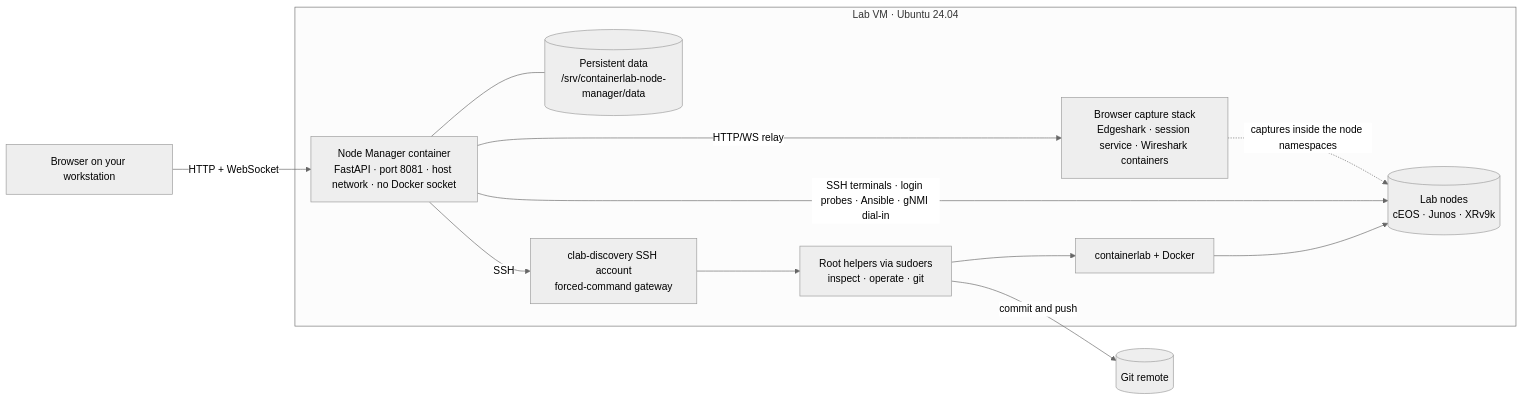
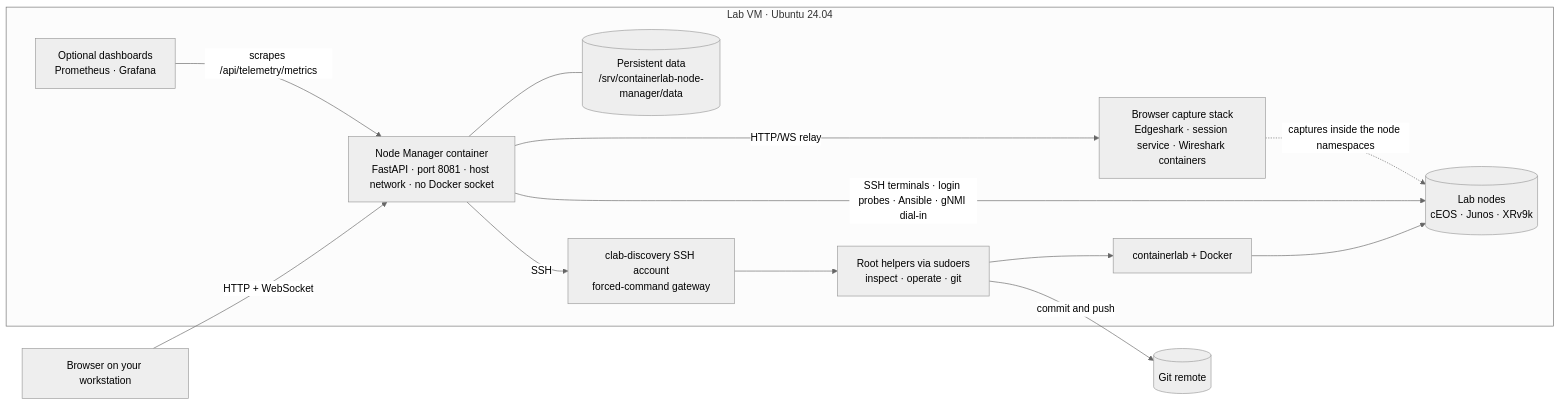
The diagram in README.md (ArchRuger/CLAB-BACKUP-WORKER-v2), drawn with Mermaid (neutral theme) before and after one commit. The commit also changed other lines of this file and 31 other files, not shown here.

First line of the commit message:
Use plain-text gRPC on XRv9k and add optional Grafana dashboards

````diff
--- a/README.md
+++ b/README.md
@@ -98,21 +107,23 @@
 ```mermaid
 flowchart LR
     B["Browser on your workstation"]
     subgraph VM["Lab VM · Ubuntu 24.04"]
         M["Node Manager container<br/>FastAPI · port 8081 · host network · no Docker socket"]
         D[("Persistent data<br/>/srv/containerlab-node-manager/data")]
         G["clab-discovery SSH account<br/>forced-command gateway"]
         H["Root helpers via sudoers<br/>inspect · operate · git"]
         C["containerlab + Docker"]
         N[("Lab nodes<br/>cEOS · Junos · XRv9k")]
         W["Browser capture stack<br/>Edgeshark · session service · Wireshark containers"]
+        T["Optional dashboards<br/>Prometheus · Grafana"]
     end
     R[("Git remote")]
     B -- "HTTP + WebSocket" --> M
     M --- D
     M -- "SSH" --> G --> H --> C --> N
     M -- "SSH terminals · login probes · Ansible · gNMI dial-in" --> N
     M -- "HTTP/WS relay" --> W
+    T -- "scrapes /api/telemetry/metrics" --> M
     W -. "captures inside the node namespaces" .-> N
     H -- "commit and push" --> R
 ```
````
